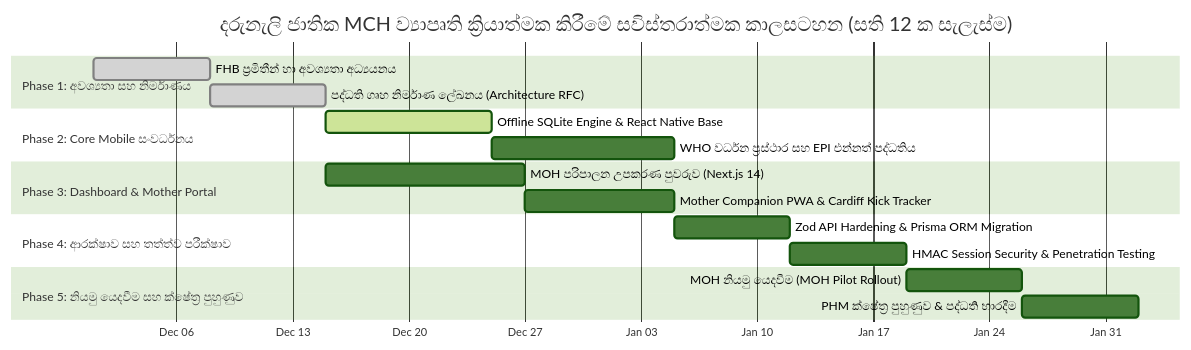
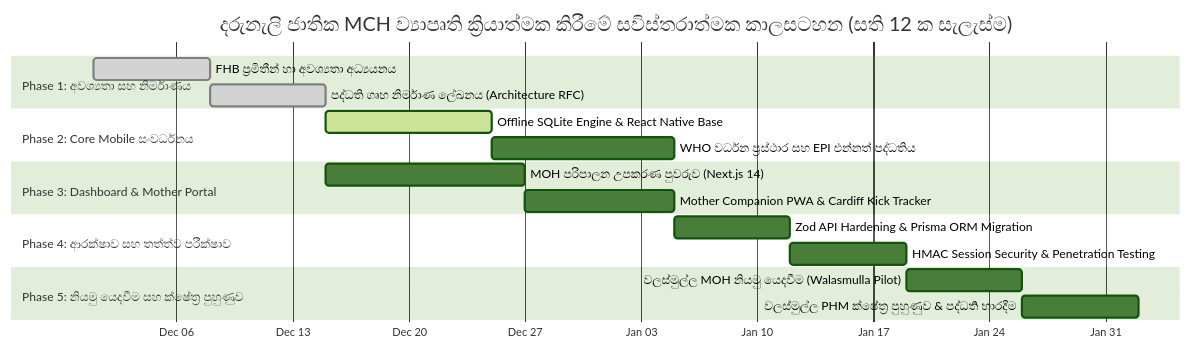
Before and after one commit to ShameenRoopasingha/Daruneli: the second of 2 diagrams in docs/proposals/2026-11-24-daruneli-mch-project-proposal.md, drawn with Mermaid (forest theme). The commit also changed other lines of this file and 1 other file, not shown here.

Commit message:
docs: customize proposal and executive PDF for Walasmulla Base Hospital pilot

````diff
--- a/docs/proposals/2026-11-24-daruneli-mch-project-proposal.md
+++ b/docs/proposals/2026-11-24-daruneli-mch-project-proposal.md
@@ -141,21 +144,21 @@
 ```mermaid
 gantt
     title දරුනැලි ජාතික MCH ව්‍යාපෘති ක්‍රියාත්මක කිරීමේ සවිස්තරාත්මක කාලසටහන (සති 12 ක සැලැස්ම)
     dateFormat  YYYY-MM-DD
     axisFormat  %b %d
     section Phase 1: අවශ්‍යතා සහ නිර්මාණය
     FHB ප්‍රමිතීන් හා අවශ්‍යතා අධ්‍යයනය          :done, p1_1, 2026-12-01, 7d
     පද්ධති ගෘහ නිර්මාණ ලේඛනය (Architecture RFC)  :done, p1_2, after p1_1, 7d
     section Phase 2: Core Mobile සංවර්ධනය
     Offline SQLite Engine & React Native Base   :active, p2_1, after p1_2, 10d
     WHO වර්ධන ප්‍රස්ථාර සහ EPI එන්නත් පද්ධතිය     :p2_2, after p2_1, 11d
     section Phase 3: Dashboard & Mother Portal
     MOH පරිපාලන උපකරණ පුවරුව (Next.js 14)       :p3_1, after p1_2, 12d
     Mother Companion PWA & Cardiff Kick Tracker :p3_2, after p3_1, 9d
     section Phase 4: ආරක්ෂාව සහ තත්ත්ව පරීක්ෂාව
     Zod API Hardening & Prisma ORM Migration    :p4_1, after p2_2, 7d
     HMAC Session Security & Penetration Testing :p4_2, after p4_1, 7d
     section Phase 5: නියමු යෙදවීම සහ ක්ෂේත්‍ර පුහුණුව
-    MOH නියමු යෙදවීම (MOH Pilot Rollout)        :p5_1, after p4_2, 7d
-    PHM ක්ෂේත්‍ර පුහුණුව & පද්ධති භාරදීම          :p5_2, after p5_1, 7d
+    වලස්මුල්ල MOH නියමු යෙදවීම (Walasmulla Pilot)  :p5_1, after p4_2, 7d
+    වලස්මුල්ල PHM ක්ෂේත්‍ර පුහුණුව & පද්ධති භාරදීම   :p5_2, after p5_1, 7d
 ```
````
